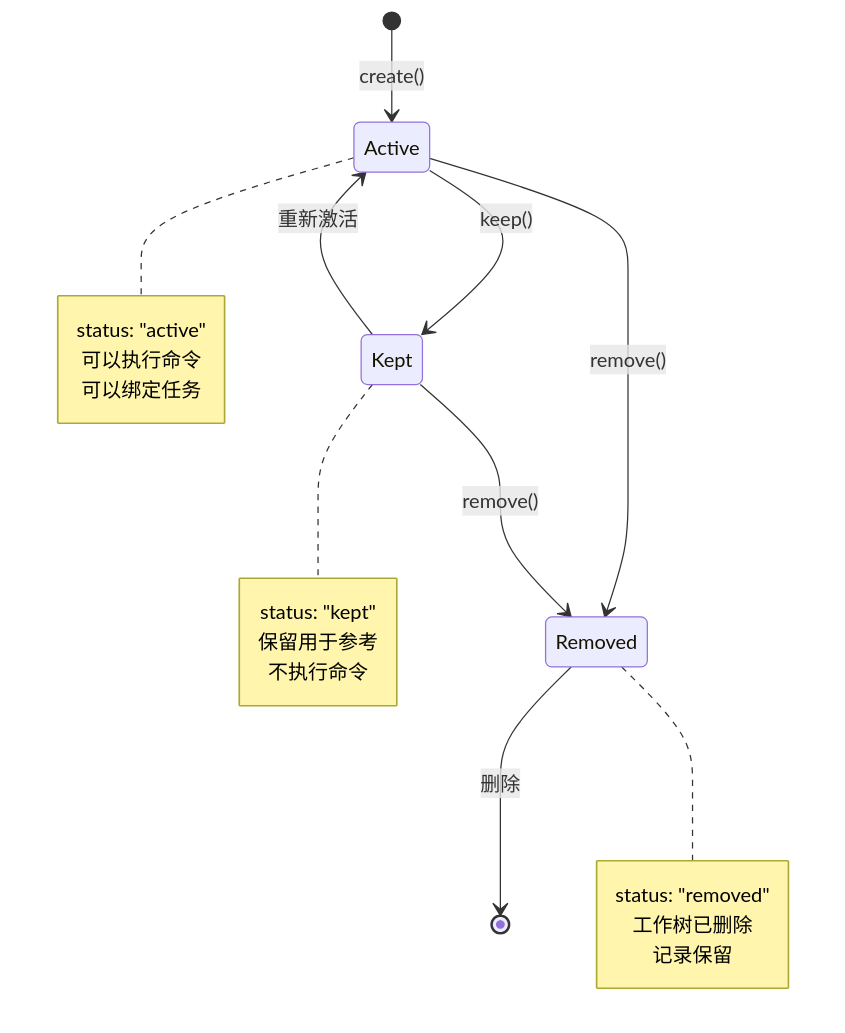
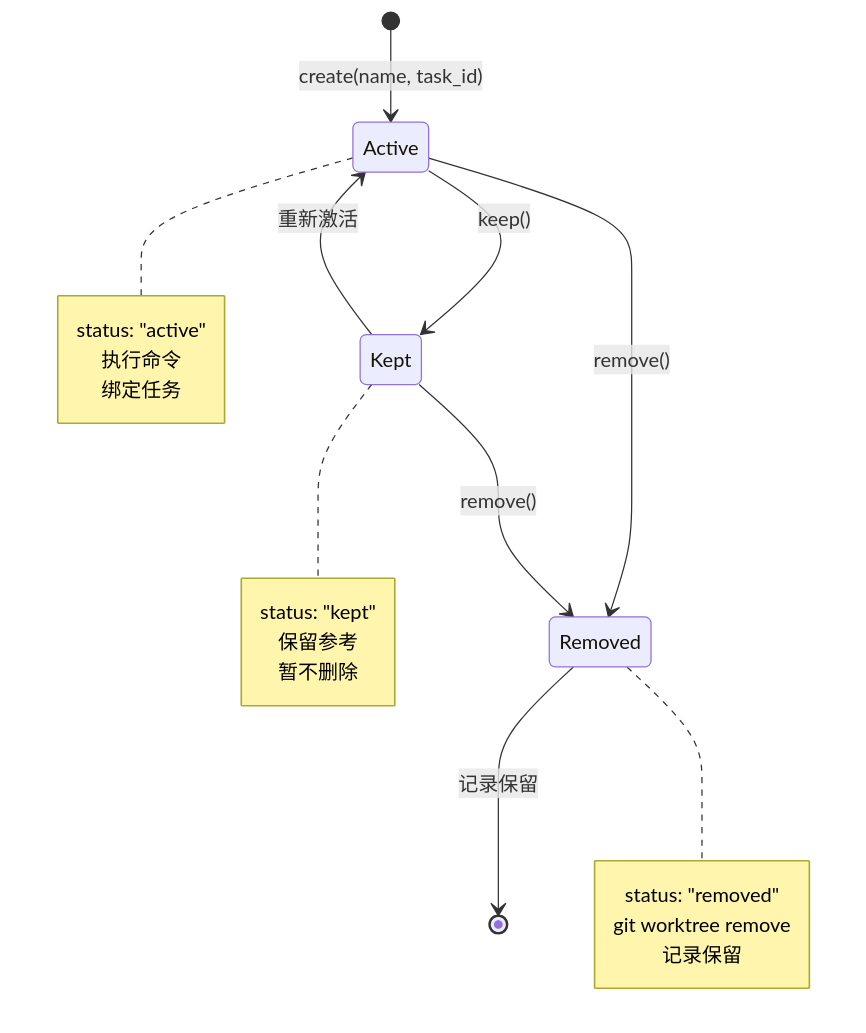
The second of 2 diagrams in docs/01-learn-claude-code/01-执行流程/s12_worktree_task_isolation.md (hata33/blog), drawn with Mermaid before and after one commit. The commit also changed other lines of this file and 5 other files, not shown here.

````diff
--- a/docs/01-learn-claude-code/01-执行流程/s12_worktree_task_isolation.md
+++ b/docs/01-learn-claude-code/01-执行流程/s12_worktree_task_isolation.md
@@ -251,29 +105,29 @@
 ```mermaid
 stateDiagram-v2
-    [*] --> Active: create()
+    [*] --> Active: create(name, task_id)
     Active --> Kept: keep()
     Active --> Removed: remove()
 
     Kept --> Active: 重新激活
     Kept --> Removed: remove()
 
-    Removed --> [*]: 删除
+    Removed --> [*]: 记录保留
 
     note right of Active
         status: "active"
-        可以执行命令
-        可以绑定任务
+        执行命令
+        绑定任务
     end note
 
     note right of Kept
         status: "kept"
-        保留用于参考
-        不执行命令
+        保留参考
+        暂不删除
     end note
 
     note right of Removed
         status: "removed"
-        工作树已删除
+        git worktree remove
         记录保留
     end note
 ```
````
